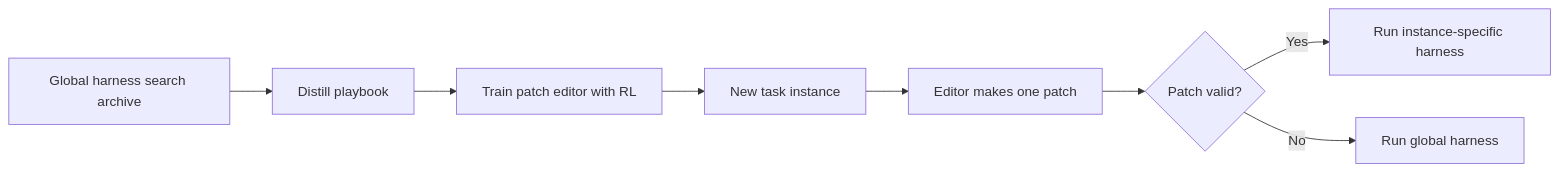
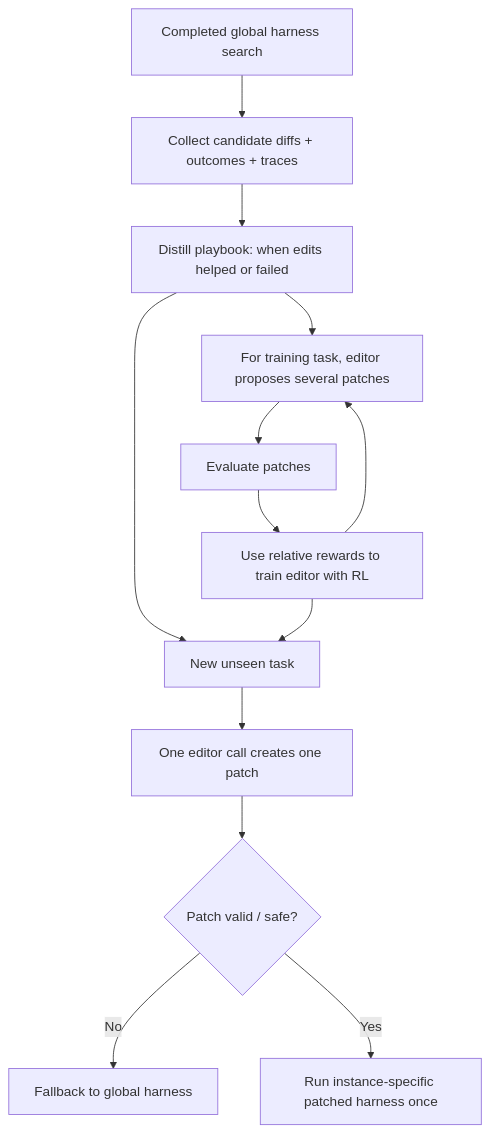
The diagram in _analyses/2609.40330.md (ShadowKingYT444/harness-papers-daily), drawn with Mermaid before and after one commit. The commit also changed other lines of this file and 37 other files, not shown here.

````diff
--- a/_analyses/2609.40330.md
+++ b/_analyses/2609.40330.md
@@ -21,10 +44,15 @@
-```mermaid
-flowchart LR
-    A[Global harness search archive] --> B[Distill playbook]
-    B --> C[Train patch editor with RL]
-    C --> D[New task instance]
-    D --> E[Editor makes one patch]
-    E --> F{Patch valid?}
-    F -- Yes --> G[Run instance-specific harness]
-    F -- No --> H[Run global harness]
-```
+~~~mermaid
+flowchart TD
+    A["Completed global harness search"] --> B["Collect candidate diffs + outcomes + traces"]
+    B --> C["Distill playbook: when edits helped or failed"]
+    C --> D["For training task, editor proposes several patches"]
+    D --> E["Evaluate patches"]
+    E --> F["Use relative rewards to train editor with RL"]
+    F --> D
+    C --> G["New unseen task"]
+    F --> G
+    G --> H["One editor call creates one patch"]
+    H --> I{"Patch valid / safe?"}
+    I -- "No" --> J["Fallback to global harness"]
+    I -- "Yes" --> K["Run instance-specific patched harness once"]
+~~~
````
